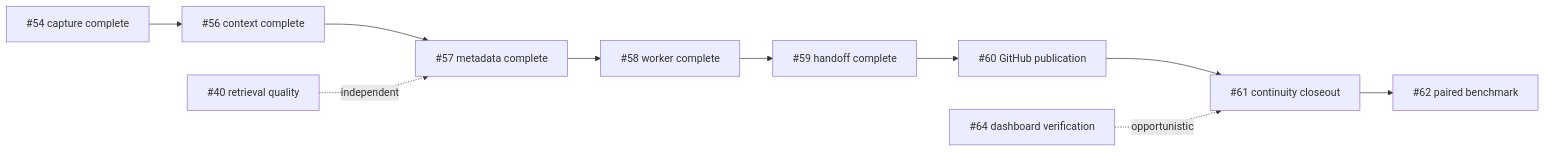
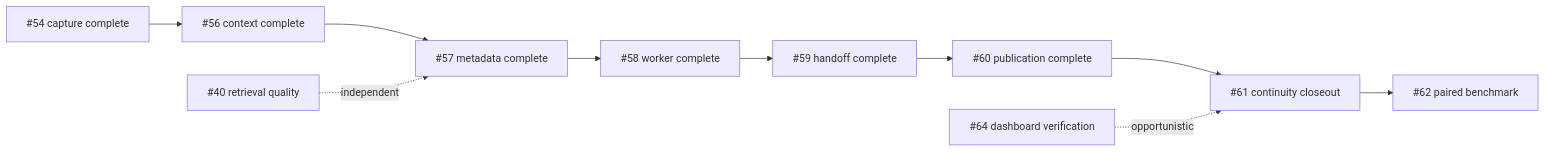
Before and after one commit to vib28/ai-memory-hub: the diagram in docs/issue-priority-order.md, drawn with Mermaid. The commit also changed other lines of this file and 13 other files, not shown here.

````diff
--- a/docs/issue-priority-order.md
+++ b/docs/issue-priority-order.md
@@ -9,12 +9,12 @@
 ```mermaid
 flowchart LR
     P["#54 capture complete"] --> A["#56 context complete"]
     A --> B["#57 metadata complete"]
     B --> C["#58 worker complete"]
     C --> D["#59 handoff complete"]
-    D --> E["#60 GitHub publication"]
+    D --> E["#60 publication complete"]
     E --> F["#61 continuity closeout"]
     F --> G["#62 paired benchmark"]
     I["#40 retrieval quality"] -. independent .-> B
     J["#64 dashboard verification"] -. opportunistic .-> F
 ```
````
